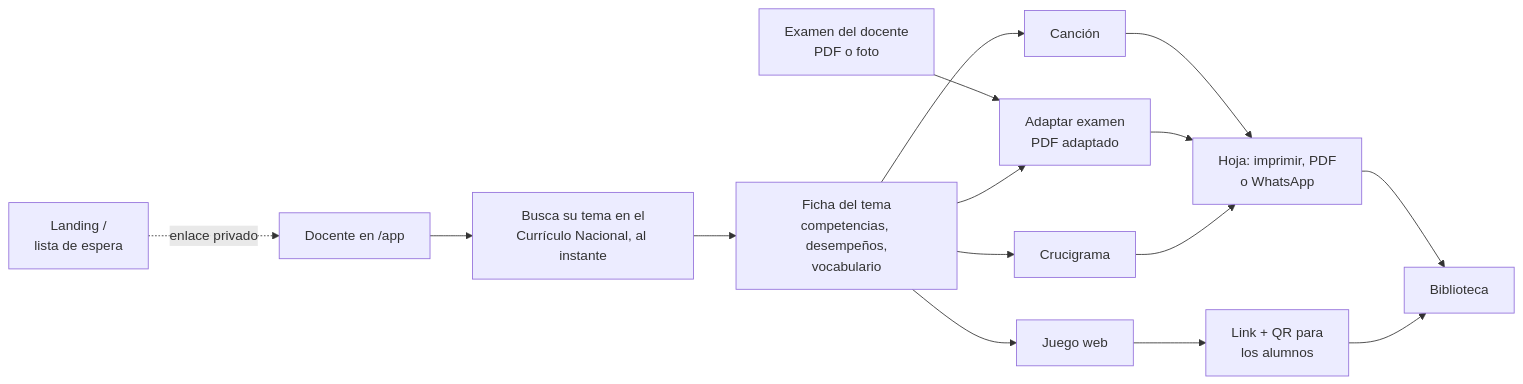
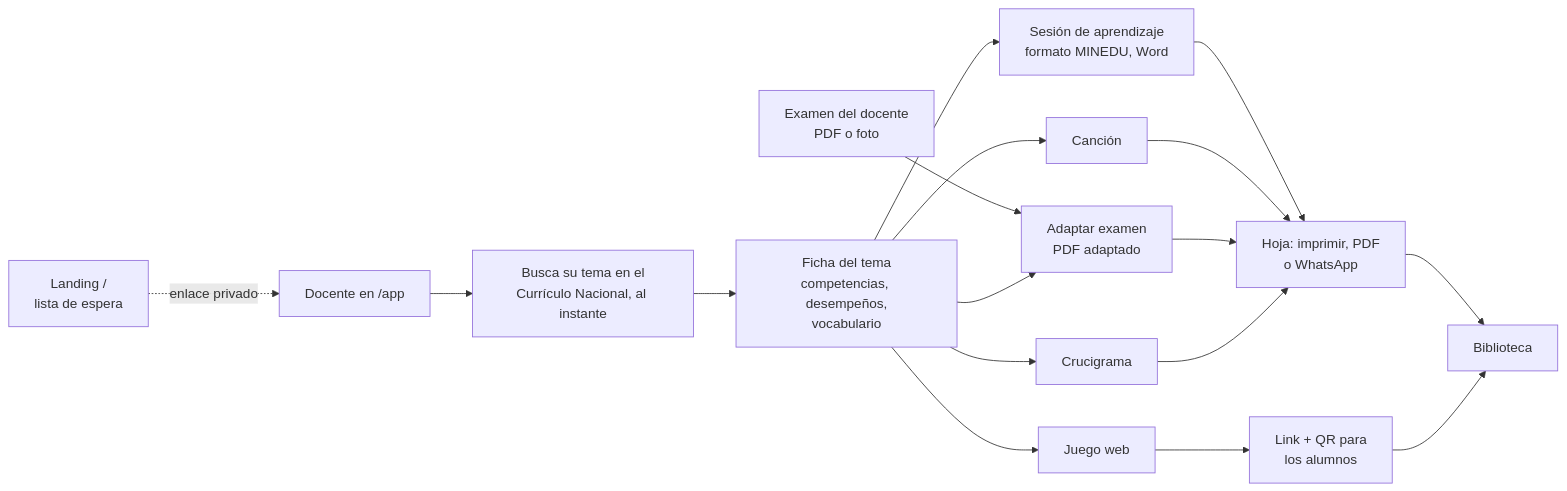
The diagram in obsidian/MAPA.md (Hecze/supermentes), drawn with Mermaid before and after one commit. The commit also changed other lines of this file and 1 other file, not shown here.

Commit message:
MAPA y MVP: la sesión de aprendizaje

````diff
--- a/obsidian/MAPA.md
+++ b/obsidian/MAPA.md
@@ -12,14 +12,15 @@
 ```mermaid
 flowchart LR
   L[Landing /<br/>lista de espera] -. enlace privado .-> A
   A[Docente en /app] --> T[Busca su tema en el<br/>Currículo Nacional, al instante]
   T --> FI[Ficha del tema<br/>competencias, desempeños,<br/>vocabulario]
+  FI --> S[Sesión de aprendizaje<br/>formato MINEDU, Word]
   FI --> C[Canción]
   EX[Examen del docente<br/>PDF o foto] --> E[Adaptar examen<br/>PDF adaptado]
   FI --> E
   FI --> J[Juego web]
   FI --> X[Crucigrama]
-  C & E & X --> H[Hoja: imprimir, PDF<br/>o WhatsApp]
+  S & C & E & X --> H[Hoja: imprimir, PDF<br/>o WhatsApp]
   J --> Q[Link + QR para<br/>los alumnos]
   H & Q --> B[Biblioteca]
 ```
````
